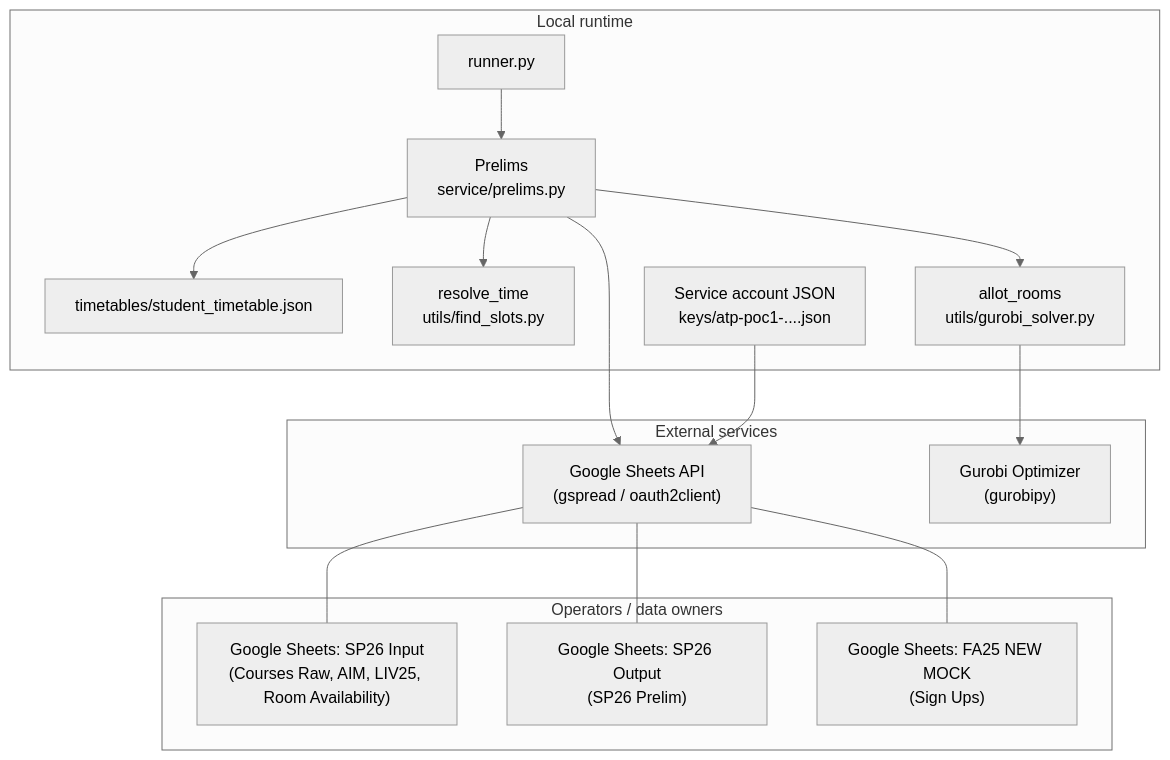
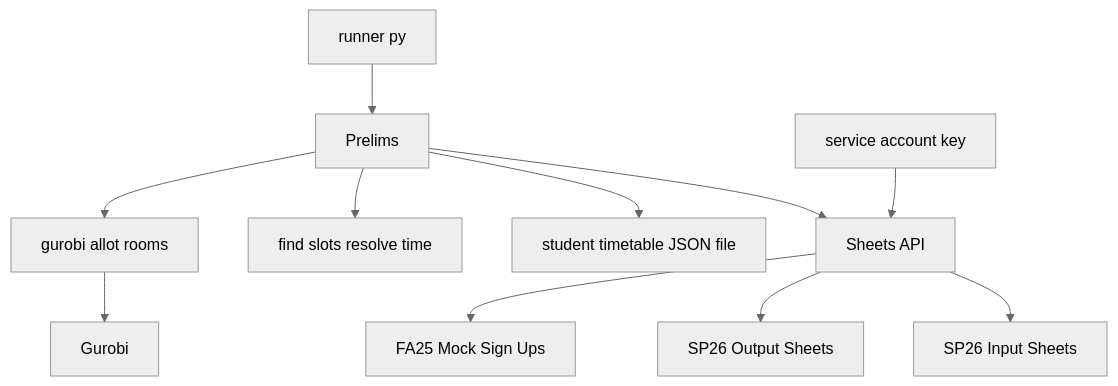
Before and after one commit to bhaveshgoyal27/SDS-ATP: the first of 2 diagrams in docs/architecture.md, drawn with Mermaid (neutral theme). The commit also changed other lines of this file, not shown here.

Commit message:
documentation

````diff
--- a/docs/architecture.md
+++ b/docs/architecture.md
@@ -32,33 +34,25 @@
 ```mermaid
 flowchart TB
-  subgraph operators["Operators / data owners"]
-    GSIn["Google Sheets: SP26 Input\n(Courses Raw, AIM, LIV25, Room Availability)"]
-    GSOut["Google Sheets: SP26 Output\n(SP26 Prelim)"]
-    Mock["Google Sheets: FA25 NEW MOCK\n(Sign Ups)"]
-  end
-
-  subgraph local["Local runtime"]
-    JSON["timetables/student_timetable.json"]
-    R["runner.py"]
-    P["Prelims\nservice/prelims.py"]
-    FS["resolve_time\nutils/find_slots.py"]
-    GR["allot_rooms\nutils/gurobi_solver.py"]
-    SA["Service account JSON\nkeys/atp-poc1-....json"]
-  end
-
-  subgraph external["External services"]
-    GAPI["Google Sheets API\n(gspread / oauth2client)"]
-    GU["Gurobi Optimizer\n(gurobipy)"]
-  end
+  GSIn[SP26 Input Sheets]
+  GSOut[SP26 Output Sheets]
+  Mock[FA25 Mock Sign Ups]
+  TTFile[student timetable JSON file]
+  R[runner py]
+  P[Prelims]
+  FS[find slots resolve time]
+  GR[gurobi allot rooms]
+  SA[service account key]
+  GAPI[Sheets API]
+  GU[Gurobi]
 
   R --> P
   P --> GAPI
-  GAPI --- GSIn
-  GAPI --- GSOut
-  GAPI --- Mock
-  P --> JSON
+  GAPI --> GSIn
+  GAPI --> GSOut
+  GAPI --> Mock
+  P --> TTFile
   P --> FS
   P --> GR
   SA --> GAPI
   GR --> GU
 ```
````
